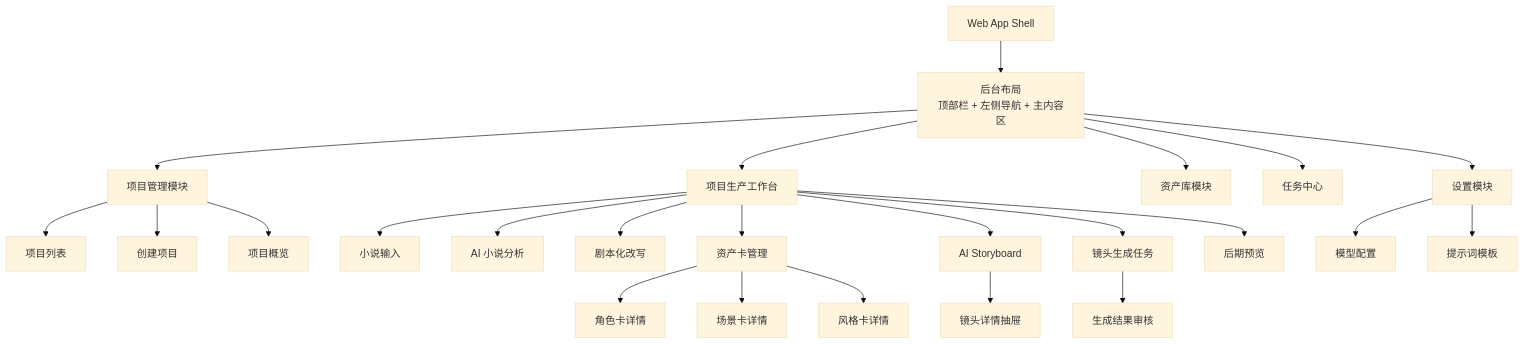
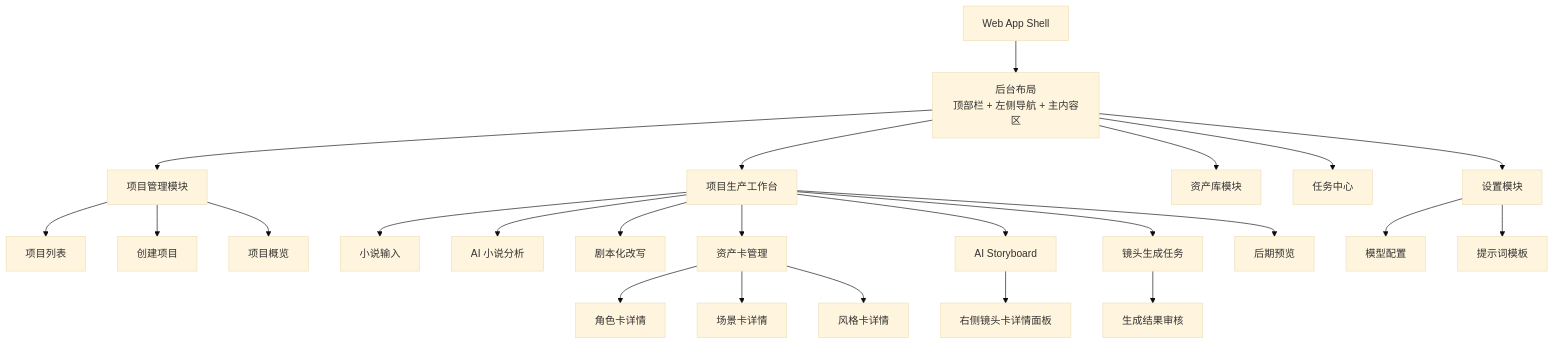
The fifth of 21 diagrams in docs/10-C4模型流程图架构图时序图.md (pleasureswx123/cine-forge), drawn with Mermaid (base theme) before and after one commit. The commit also changed other lines of this file and 20 other files, not shown here.

````diff
--- a/docs/10-C4模型流程图架构图时序图.md
+++ b/docs/10-C4模型流程图架构图时序图.md
@@ -213,38 +211,38 @@
 ```mermaid
 flowchart TB
     App[Web App Shell]
     Layout[后台布局\n顶部栏 + 左侧导航 + 主内容区]
     Project[项目管理模块]
     Workbench[项目生产工作台]
     Assets[资产库模块]
     Tasks[任务中心]
     Settings[设置模块]
 
     App --> Layout
     Layout --> Project
     Layout --> Workbench
     Layout --> Assets
     Layout --> Tasks
     Layout --> Settings
 
     Project --> ProjectList[项目列表]
     Project --> ProjectCreate[创建项目]
     Project --> ProjectOverview[项目概览]
 
     Workbench --> NovelPage[小说输入]
     Workbench --> AnalysisPage[AI 小说分析]
     Workbench --> ScriptPage[剧本化改写]
     Workbench --> AssetCardPage[资产卡管理]
     Workbench --> StoryboardPage[AI Storyboard]
     Workbench --> GenerationPage[镜头生成任务]
     Workbench --> PreviewPage[后期预览]
 
     AssetCardPage --> CharacterDetail[角色卡详情]
     AssetCardPage --> SceneDetail[场景卡详情]
     AssetCardPage --> StyleDetail[风格卡详情]
-    StoryboardPage --> ShotDetail[镜头详情抽屉]
+    StoryboardPage --> ShotDetail[右侧镜头卡详情面板]
     GenerationPage --> ResultReview[生成结果审核]
 
     Settings --> ModelConfig[模型配置]
     Settings --> PromptTemplate[提示词模板]
 ```
````
